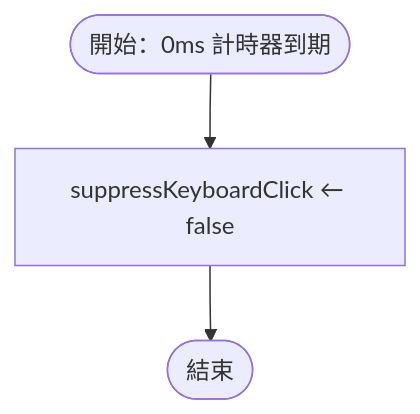
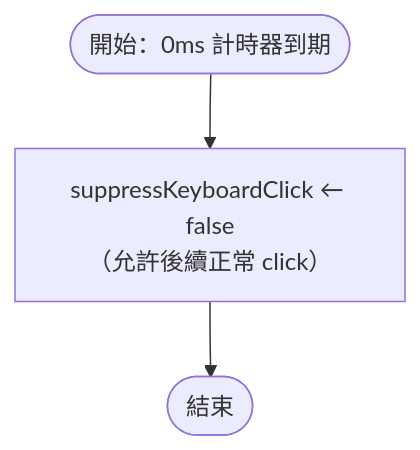
One commit to Chuen666666/hw3 changed the tenth of 29 diagrams in README.md. Above: the diagram before and after it, drawn with Mermaid. The commit also changed other lines of this file and 1 other file, not shown here.

Commit message:
補充流程圖程式碼中文說明

````diff
--- a/README.md
+++ b/README.md
@@ -123,5 +123,5 @@
 ```mermaid
 flowchart TD
-    START(["開始：0ms 計時器到期"]) --> RESET["suppressKeyboardClick ← false"]
+    START(["開始：0ms 計時器到期"]) --> RESET["suppressKeyboardClick ← false<br/>（允許後續正常 click）"]
     RESET --> END(["結束"])
 ```
````
